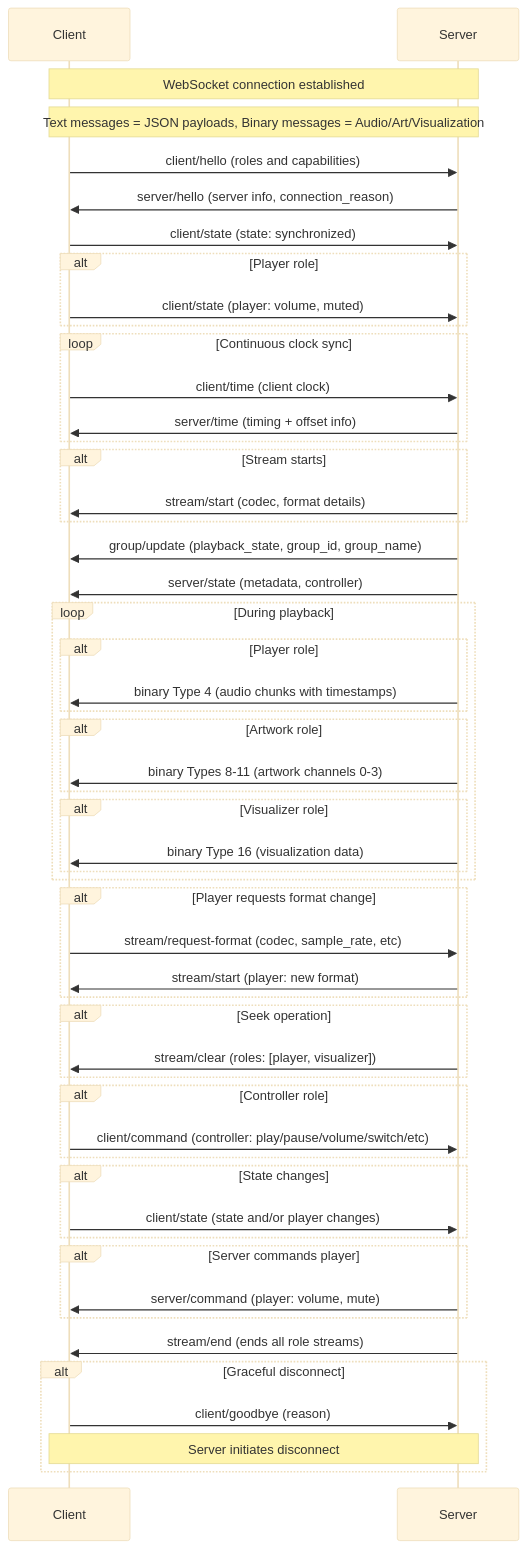
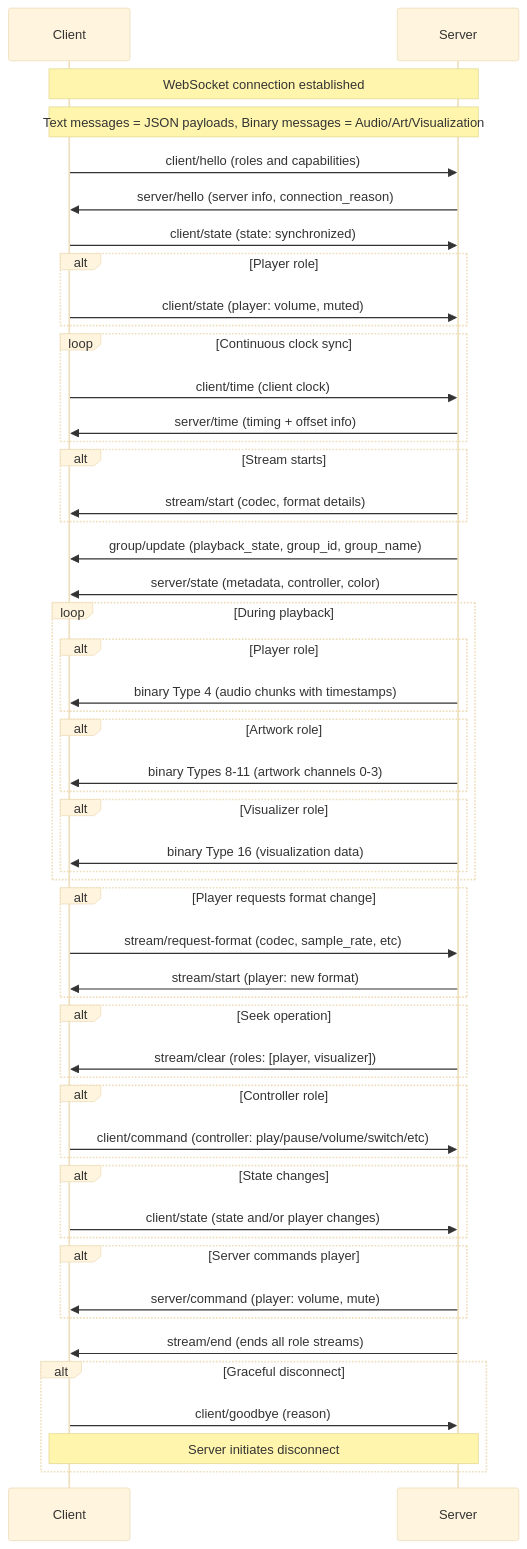
One commit to Resonate-Protocol/spec changed the diagram in README.md. Above: the diagram before and after it, drawn with Mermaid (base theme). The commit also changed other lines of this file, not shown here.

````diff
--- a/README.md
+++ b/README.md
@@ -183,69 +184,69 @@
 ```mermaid
 sequenceDiagram
     participant Client
     participant Server
 
     Note over Client,Server: WebSocket connection established
 
     Note over Client,Server: Text messages = JSON payloads, Binary messages = Audio/Art/Visualization
 
     Client->>Server: client/hello (roles and capabilities)
     Server->>Client: server/hello (server info, connection_reason)
 
     Client->>Server: client/state (state: synchronized)
     alt Player role
         Client->>Server: client/state (player: volume, muted)
     end
 
     loop Continuous clock sync
         Client->>Server: client/time (client clock)
         Server->>Client: server/time (timing + offset info)
     end
 
     alt Stream starts
         Server->>Client: stream/start (codec, format details)
     end
 
     Server->>Client: group/update (playback_state, group_id, group_name)
-    Server->>Client: server/state (metadata, controller)
+    Server->>Client: server/state (metadata, controller, color)
 
     loop During playback
         alt Player role
             Server->>Client: binary Type 4 (audio chunks with timestamps)
         end
         alt Artwork role
             Server->>Client: binary Types 8-11 (artwork channels 0-3)
         end
         alt Visualizer role
             Server->>Client: binary Type 16 (visualization data)
         end
     end
 
     alt Player requests format change
         Client->>Server: stream/request-format (codec, sample_rate, etc)
         Server->>Client: stream/start (player: new format)
     end
 
     alt Seek operation
         Server->>Client: stream/clear (roles: [player, visualizer])
     end
 
     alt Controller role
         Client->>Server: client/command (controller: play/pause/volume/switch/etc)
     end
 
     alt State changes
         Client->>Server: client/state (state and/or player changes)
     end
 
     alt Server commands player
         Server->>Client: server/command (player: volume, mute)
     end
 
     Server->>Client: stream/end (ends all role streams)
 
     alt Graceful disconnect
         Client->>Server: client/goodbye (reason)
         Note over Client,Server: Server initiates disconnect
     end
 ```
````
